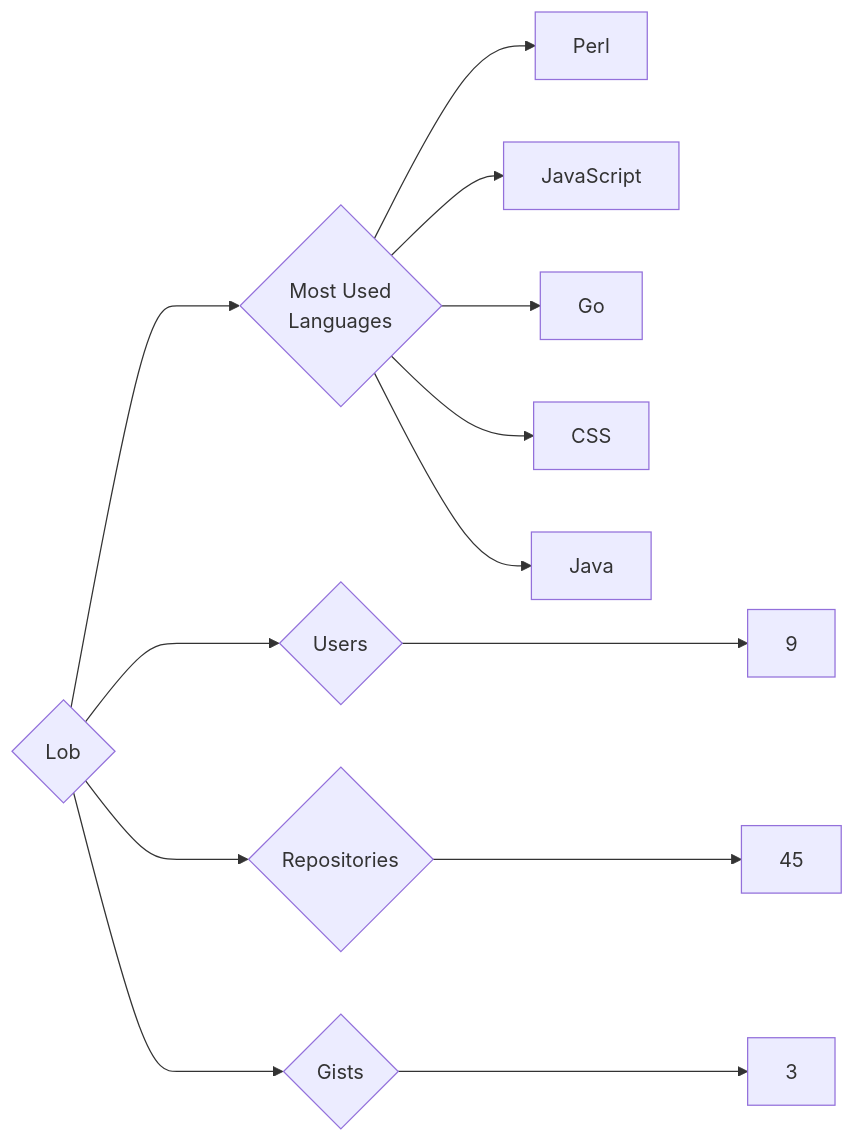
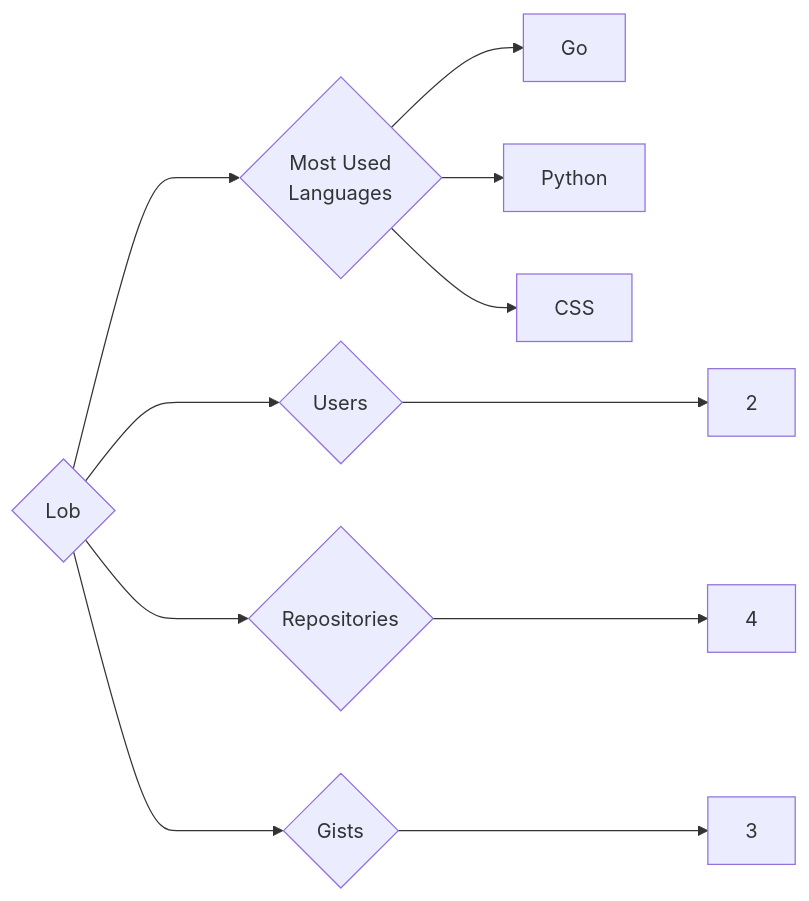
Before and after one commit to trickest/insiders: the diagram in targets/Lob/README.md, drawn with Mermaid. The commit also changed 814 other files, not shown here.

````diff
--- a/targets/Lob/README.md
+++ b/targets/Lob/README.md
@@ -3,13 +3,11 @@
 ```mermaid
 graph LR
 COMPANY_NAME{Lob}
-COMPANY_NAME ---> U{Users} ---> UN[9]
-COMPANY_NAME ---> R{Repositories} ---> RN[45]
+COMPANY_NAME ---> U{Users} ---> UN[2]
+COMPANY_NAME ---> R{Repositories} ---> RN[4]
 COMPANY_NAME ---> G{Gists} ---> GN[3]
 COMPANY_NAME ---> ML{Most Used<br>Languages}
-ML --> Perl[Perl]
-ML --> JavaScript[JavaScript]
 ML --> Go[Go]
+ML --> Python[Python]
 ML --> CSS[CSS]
-ML --> Java[Java]
 ```
````
